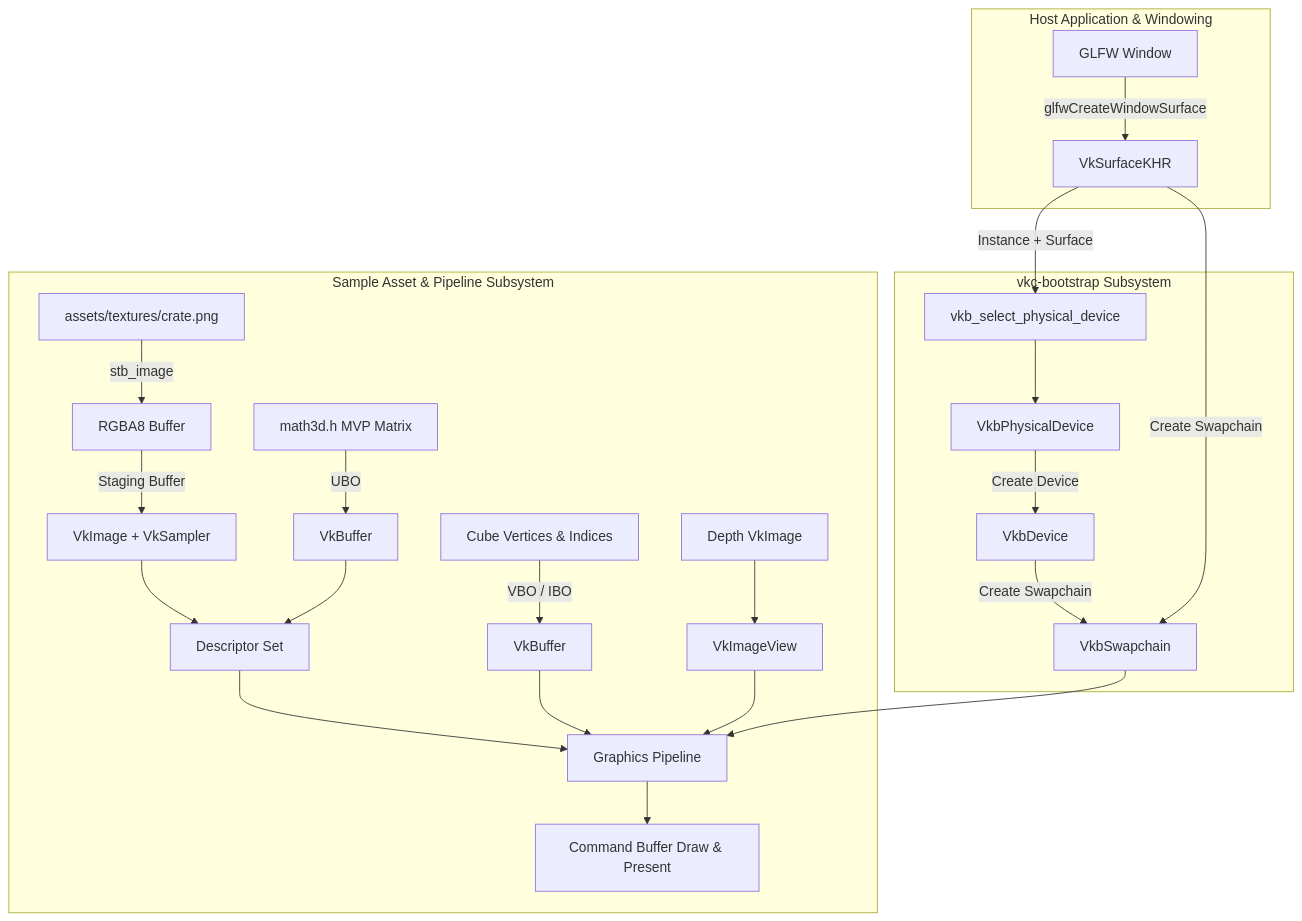
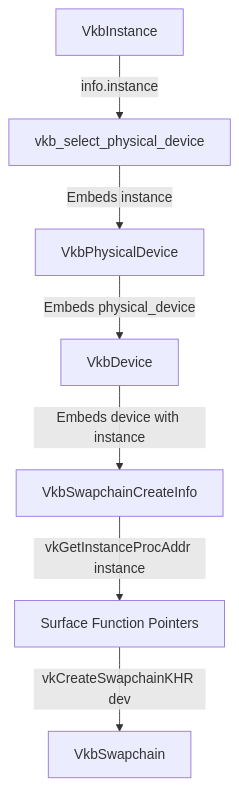
The diagram in .junie/plans/c17-vk-bootstrap-rewrite.md (codewalkerdan/vkc_bootstrap), drawn with Mermaid before and after one commit. The commit also changed other lines of this file and 4 other files, not shown here.

Commit message:
Sample app working with updated swapchain

````diff
--- a/.junie/plans/c17-vk-bootstrap-rewrite.md
+++ b/.junie/plans/c17-vk-bootstrap-rewrite.md
@@ -106,25 +80,9 @@
 ```mermaid
 graph TD
-    subgraph Host Application & Windowing
-        GLFW[GLFW Window] -->|glfwCreateWindowSurface| Surface[VkSurfaceKHR]
-    end
-
-    subgraph vkc-bootstrap Subsystem
-        Surface -->|Instance + Surface| PDevSel[vkb_select_physical_device]
-        PDevSel --> PDev[VkbPhysicalDevice]
-        PDev -->|Create Device| Dev[VkbDevice]
-        Dev & Surface -->|Create Swapchain| Swp[VkbSwapchain]
-    end
-
-    subgraph Sample Asset & Pipeline Subsystem
-        CratePNG[assets/textures/crate.png] -->|stb_image| HostPixels[RGBA8 Buffer]
-        HostPixels -->|Staging Buffer| TexImg[VkImage + VkSampler]
-        CubeData[Cube Vertices & Indices] -->|VBO / IBO| VertBuf[VkBuffer]
-        Math3D[math3d.h MVP Matrix] -->|UBO| UnifBuf[VkBuffer]
-        DepthImg[Depth VkImage] --> DepthView[VkImageView]
-        
-        TexImg & UnifBuf --> DescSet[Descriptor Set]
-        DescSet & VertBuf & DepthView & Swp --> Pipe[Graphics Pipeline]
-        Pipe --> Draw[Command Buffer Draw & Present]
-    end
+    Inst[VkbInstance] -->|info.instance| PDevSel[vkb_select_physical_device]
+    PDevSel -->|Embeds instance| PDev[VkbPhysicalDevice]
+    PDev -->|Embeds physical_device| Dev[VkbDevice]
+    Dev -->|Embeds device with instance| SwpCfg[VkbSwapchainCreateInfo]
+    SwpCfg -->|vkGetInstanceProcAddr instance| SwpFuncs[Surface Function Pointers]
+    SwpFuncs -->|vkCreateSwapchainKHR dev| Swp[VkbSwapchain]
 ```
````
